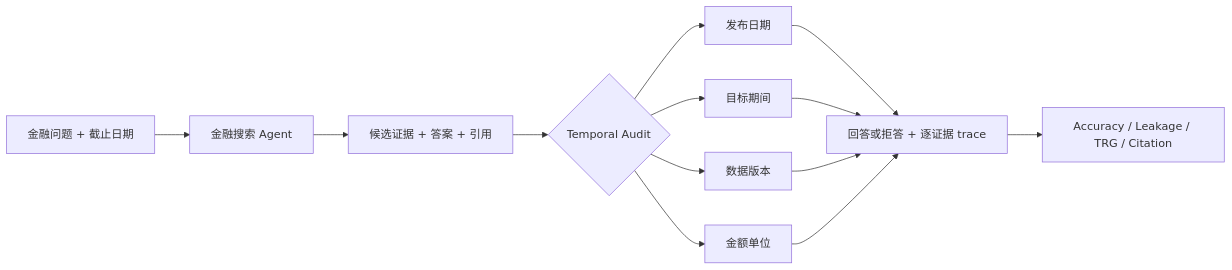
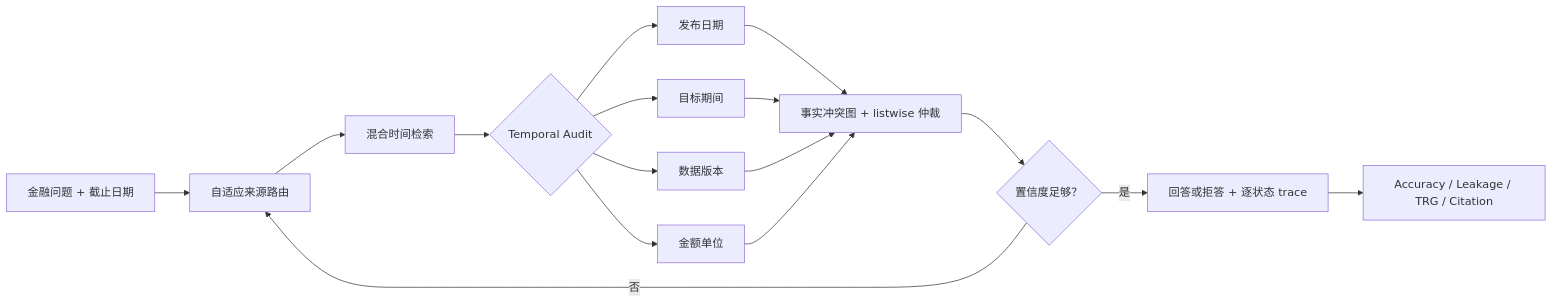
The first of 2 diagrams in README.md (QiQiyzhu/FinSearchComp-Audit), drawn with Mermaid before and after one commit. The commit also changed other lines of this file and 50 other files, not shown here.

````diff
--- a/README.md
+++ b/README.md
@@ -79,15 +160,18 @@
 ```mermaid
 flowchart LR
-    Q["金融问题 + 截止日期"] --> A["金融搜索 Agent"]
-    A --> E["候选证据 + 答案 + 引用"]
+    Q["金融问题 + 截止日期"] --> R["自适应来源路由"]
+    R --> E["混合时间检索"]
     E --> D{"Temporal Audit"}
     D --> C1["发布日期"]
     D --> C2["目标期间"]
     D --> C3["数据版本"]
     D --> C4["金额单位"]
-    C1 --> O["回答或拒答 + 逐证据 trace"]
-    C2 --> O
-    C3 --> O
-    C4 --> O
+    C1 --> G["事实冲突图 + listwise 仲裁"]
+    C2 --> G
+    C3 --> G
+    C4 --> G
+    G --> X{"置信度足够？"}
+    X -->|否| R
+    X -->|是| O["回答或拒答 + 逐状态 trace"]
     O --> M["Accuracy / Leakage / TRG / Citation"]
 ```
````
